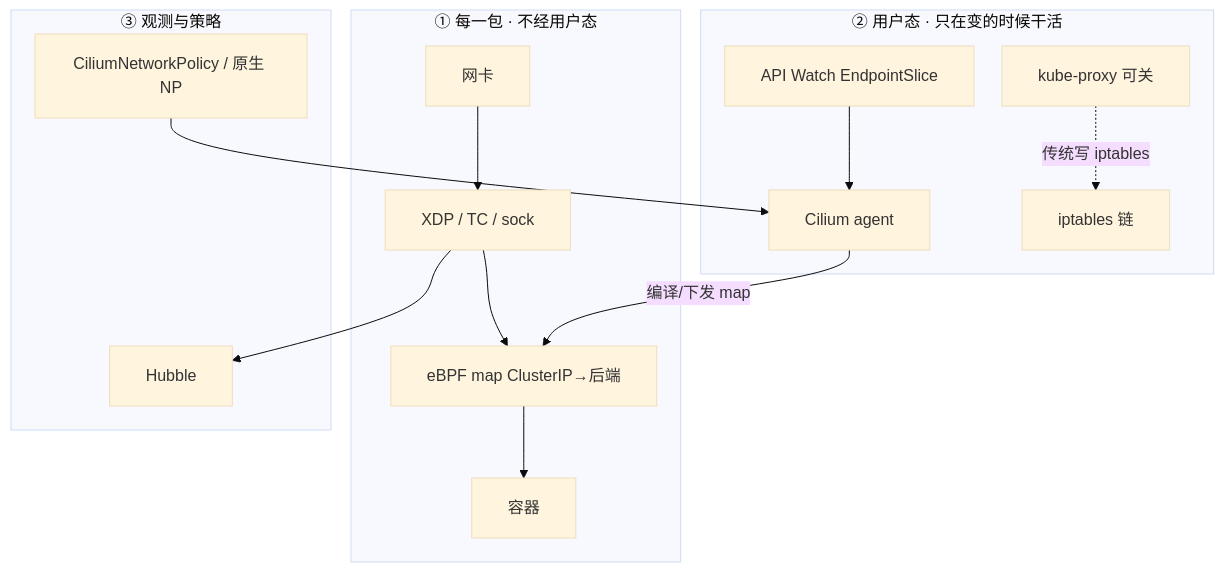
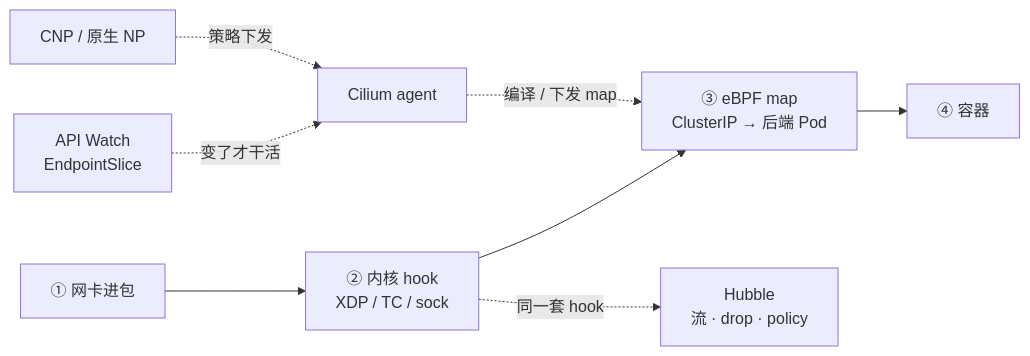
One commit to ml-cuizijun/LearnToLilith changed the first of 7 diagrams in 03-Kubernetes/25-eBPF与Cilium/知识点.md. Above: the diagram before and after it, drawn with Mermaid. The commit also changed other lines of this file and 178 other files, not shown here.

````diff
--- a/03-Kubernetes/25-eBPF与Cilium/知识点.md
+++ b/03-Kubernetes/25-eBPF与Cilium/知识点.md
@@ -85,30 +15,10 @@
 ```mermaid
-%%{init: {"flowchart": {"padding": 18, "nodeSpacing": 28, "rankSpacing": 48}, "theme": "base"}}%%
-flowchart TB
-    subgraph pkt ["① 每一包 · 不经用户态"]
-        nic[网卡] --> hook[XDP / TC / sock]
-        hook --> map[eBPF map ClusterIP→后端]
-        map --> pod[容器]
-    end
-
-    subgraph user ["② 用户态 · 只在变的时候干活"]
-        agent[Cilium agent]
-        kp[kube-proxy 可关]
-        api[API Watch EndpointSlice]
-        api --> agent
-        agent -->|编译/下发 map| map
-        kp -.->|传统写 iptables| ipt[iptables 链]
-    end
-
-    subgraph obs ["③ 观测与策略"]
-        hub[Hubble]
-        np[CiliumNetworkPolicy / 原生 NP]
-        hook --> hub
-        np --> agent
-    end
-
-    class nic,hook,map,pod data
-    class agent,kp,api,ipt userN
-    class hub,np obsN
-
+flowchart LR
+    NIC["① 网卡进包"] --> HOOK["② 内核 hook<br/>XDP / TC / sock"]
+    HOOK --> MAP["③ eBPF map<br/>ClusterIP → 后端 Pod"]
+    MAP --> POD["④ 容器"]
+    API["API Watch<br/>EndpointSlice"] -.->|变了才干活| AGENT["Cilium agent"]
+    AGENT -.->|编译 / 下发 map| MAP
+    HOOK -.->|同一套 hook| HUB["Hubble<br/>流 · drop · policy"]
+    NP["CNP / 原生 NP"] -.->|策略下发| AGENT
 ```
````
